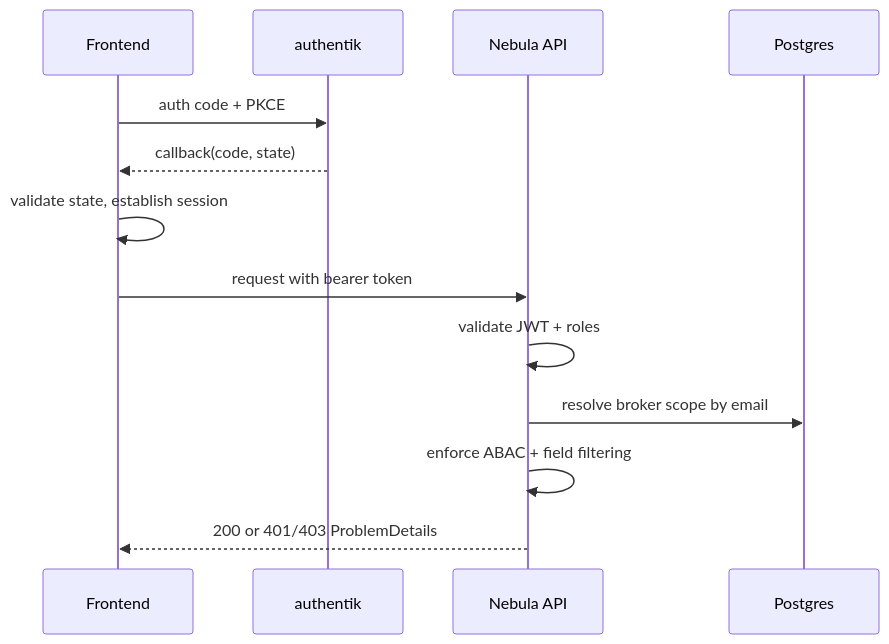
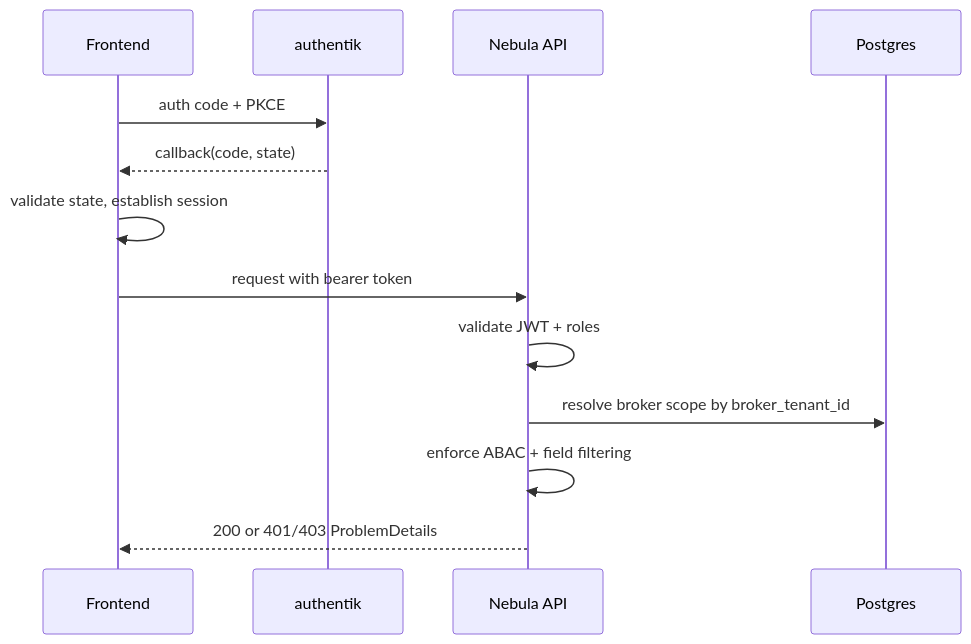
One commit to hiroshinishio/nebula-crm changed the diagram in planning-mds/architecture/decisions/ADR-007-f0009-login-and-broker-scope.md. Above: the diagram before and after it, drawn with Mermaid. The commit also changed other lines of this file and 102 other files, not shown here.

````diff
--- a/planning-mds/architecture/decisions/ADR-007-f0009-login-and-broker-scope.md
+++ b/planning-mds/architecture/decisions/ADR-007-f0009-login-and-broker-scope.md
@@ -52,16 +56,16 @@
 ```mermaid
 sequenceDiagram
     participant FE as Frontend
     participant IDP as authentik
     participant API as Nebula API
     participant DB as Postgres
 
     FE->>IDP: auth code + PKCE
     IDP-->>FE: callback(code, state)
     FE->>FE: validate state, establish session
     FE->>API: request with bearer token
     API->>API: validate JWT + roles
-    API->>DB: resolve broker scope by email
+    API->>DB: resolve broker scope by broker_tenant_id
     API->>API: enforce ABAC + field filtering
     API-->>FE: 200 or 401/403 ProblemDetails
 ```
````
